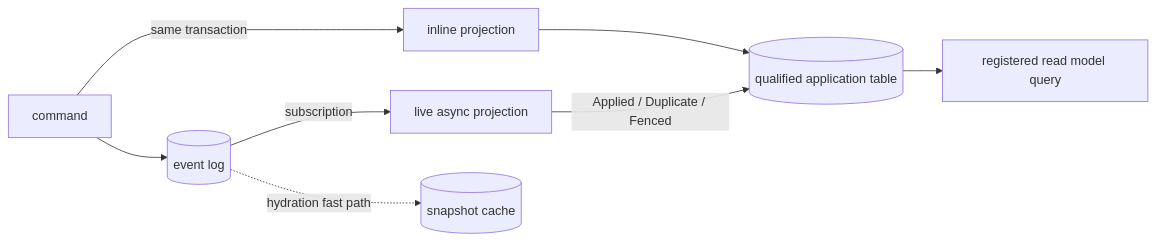
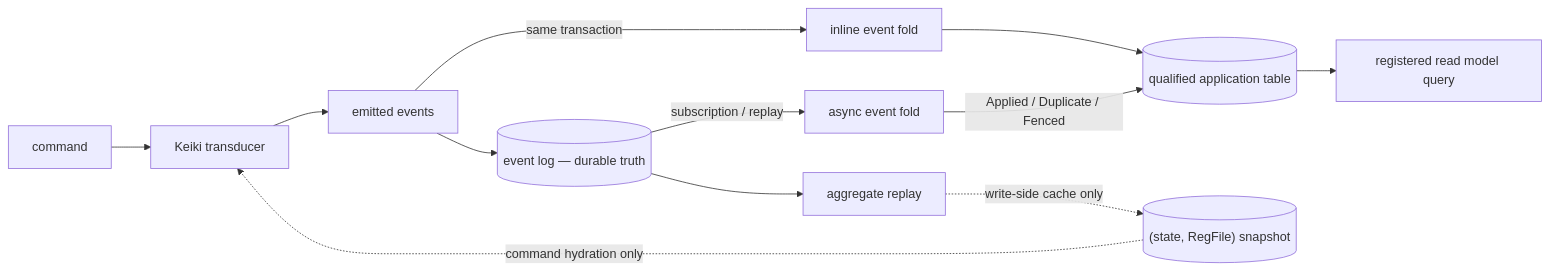
The diagram in content/docs/keiro/explanation/projections-read-models-and-snapshots.mdx (shinzui/keiro-runtime-docs), drawn with Mermaid before and after one commit. The commit also changed other lines of this file and 31 other files, not shown here.

Commit message:
docs: clarify projection and machine view boundaries

````diff
--- a/content/docs/keiro/explanation/projections-read-models-and-snapshots.mdx
+++ b/content/docs/keiro/explanation/projections-read-models-and-snapshots.mdx
@@ -10,10 +45,14 @@
 ```mermaid
 flowchart LR
-  Cmd["command"] --> Append[("event log")]
-  Cmd -- "same transaction" --> Inline["inline projection"]
+  Cmd["command"] --> Machine["Keiki transducer"]
+  Machine --> Events["emitted events"]
+  Events --> Append[("event log — durable truth")]
+  Events -- "same transaction" --> Inline["inline event fold"]
   Inline --> Table[("qualified application table")]
-  Append -- "subscription" --> Live["live async projection"]
+  Append -- "subscription / replay" --> Live["async event fold"]
   Live -- "Applied / Duplicate / Fenced" --> Table
   Table --> RM["registered read model query"]
-  Append -. "hydration fast path" .-> Snapshot[("snapshot cache")]
+  Append --> Hydrate["aggregate replay"]
+  Hydrate -. "write-side cache only" .-> Snapshot[("(state, RegFile) snapshot")]
+  Snapshot -. "command hydration only" .-> Machine
 ```
````
